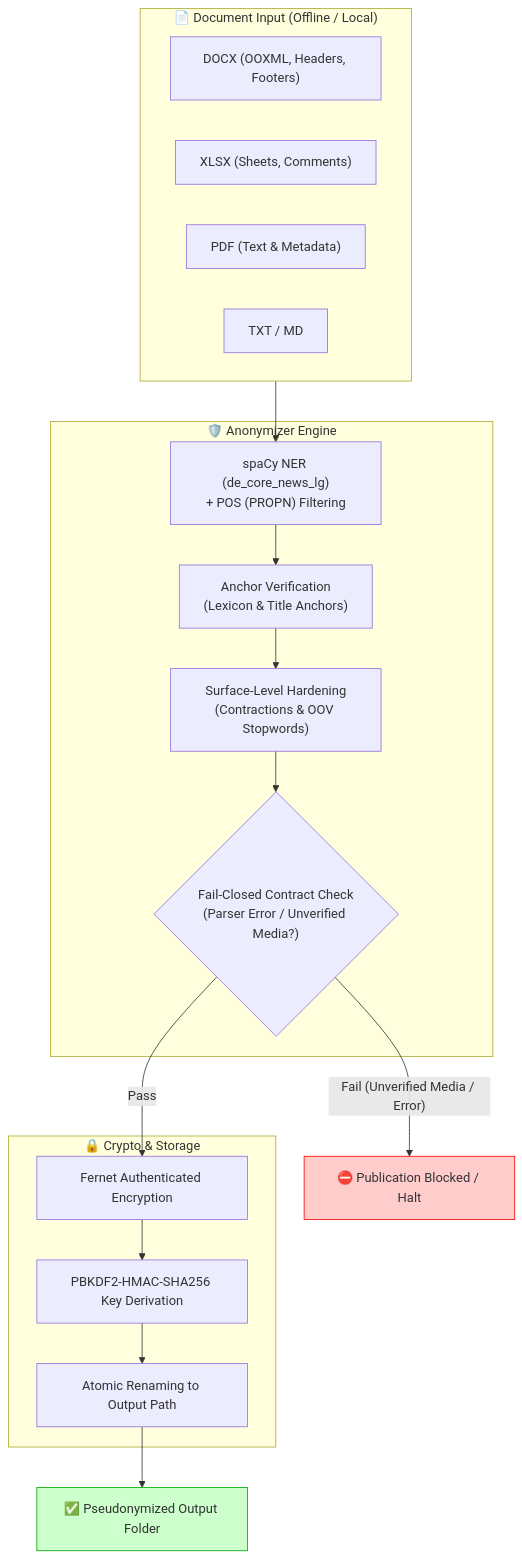
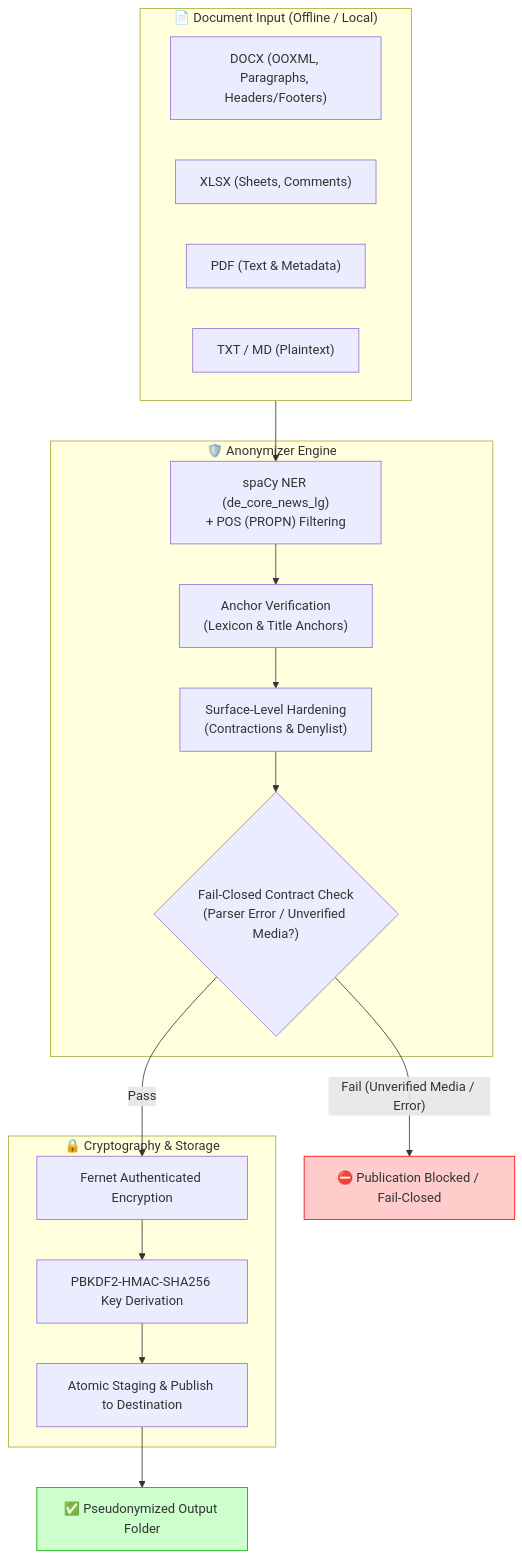
One commit to ellmos-ai/anonymizer changed the first of 2 diagrams in README.md. Above: the diagram before and after it, drawn with Mermaid. The commit also changed other lines of this file and 5 other files, not shown here.

Commit message:
docs: bilingual README architecture, sequence diagram, invariants and metadata tests (Pfad B)

````diff
--- a/README.md
+++ b/README.md
@@ -32,32 +143,32 @@
 ```mermaid
 flowchart TD
     subgraph Input ["📄 Document Input (Offline / Local)"]
-        DOCX["DOCX (OOXML, Headers, Footers)"]
+        DOCX["DOCX (OOXML, Paragraphs, Headers/Footers)"]
         XLSX["XLSX (Sheets, Comments)"]
         PDF["PDF (Text & Metadata)"]
-        TXT["TXT / MD"]
+        TXT["TXT / MD (Plaintext)"]
     end
 
     subgraph Core ["🛡️ Anonymizer Engine"]
         NER["spaCy NER (de_core_news_lg)<br/>+ POS (PROPN) Filtering"]
         Anchor["Anchor Verification<br/>(Lexicon & Title Anchors)"]
-        Harden["Surface-Level Hardening<br/>(Contractions & OOV Stopwords)"]
+        Harden["Surface-Level Hardening<br/>(Contractions & Denylist)"]
         FailClosed{"Fail-Closed Contract Check<br/>(Parser Error / Unverified Media?)"}
     end
 
-    subgraph Security ["🔒 Crypto & Storage"]
+    subgraph Security ["🔒 Cryptography & Storage"]
         Fernet["Fernet Authenticated Encryption"]
         PBKDF["PBKDF2-HMAC-SHA256 Key Derivation"]
-        Atomic["Atomic Renaming to Output Path"]
+        Atomic["Atomic Staging & Publish to Destination"]
     end
 
     Input --> NER
     NER --> Anchor --> Harden --> FailClosed
-    FailClosed -- "Fail (Unverified Media / Error)" --> STOP["⛔ Publication Blocked / Halt"]
+    FailClosed -- "Fail (Unverified Media / Error)" --> STOP["⛔ Publication Blocked / Fail-Closed"]
     FailClosed -- "Pass" --> Fernet
     Fernet --> PBKDF --> Atomic
     Atomic --> Output["✅ Pseudonymized Output Folder"]
 
     style STOP fill:#ffcccc,stroke:#ff0000
     style Output fill:#ccffcc,stroke:#00aa00
 ```
````
